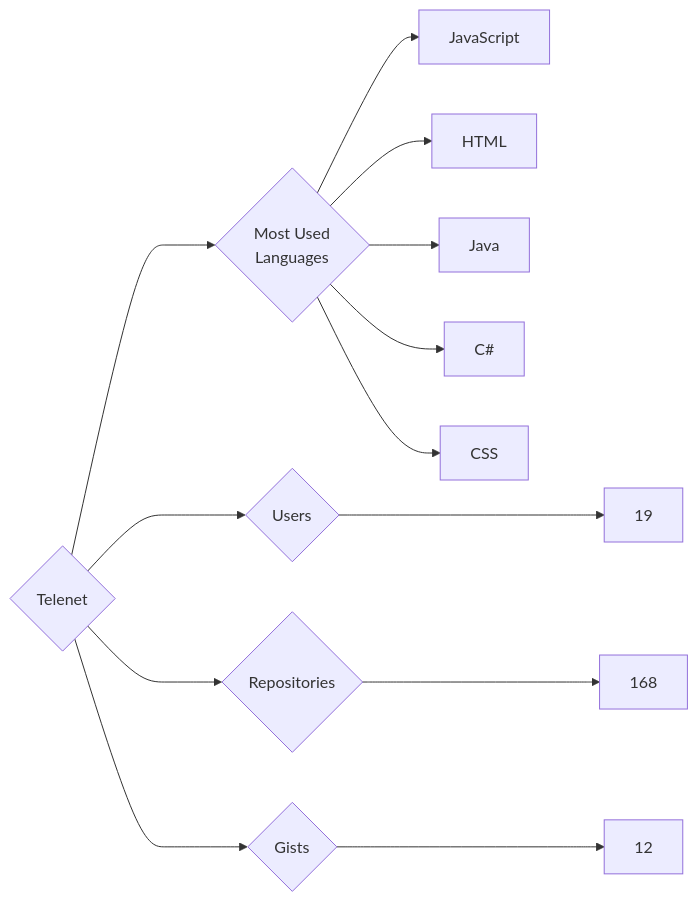
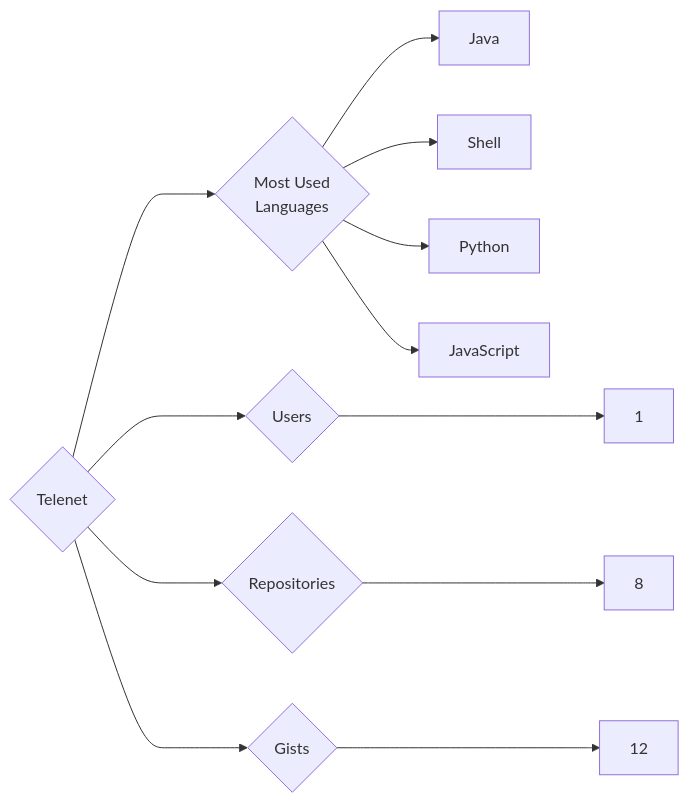
The diagram in targets/Telenet/README.md (trickest/insiders), drawn with Mermaid before and after one commit. The commit also changed 725 other files, not shown here.

````diff
--- a/targets/Telenet/README.md
+++ b/targets/Telenet/README.md
@@ -3,13 +3,12 @@
 ```mermaid
 graph LR
 COMPANY_NAME{Telenet}
-COMPANY_NAME ---> U{Users} ---> UN[19]
-COMPANY_NAME ---> R{Repositories} ---> RN[168]
+COMPANY_NAME ---> U{Users} ---> UN[1]
+COMPANY_NAME ---> R{Repositories} ---> RN[8]
 COMPANY_NAME ---> G{Gists} ---> GN[12]
 COMPANY_NAME ---> ML{Most Used<br>Languages}
+ML --> Java[Java]
+ML --> Shell[Shell]
+ML --> Python[Python]
 ML --> JavaScript[JavaScript]
-ML --> HTML[HTML]
-ML --> Java[Java]
-ML --> C#[C#]
-ML --> CSS[CSS]
 ```
````
